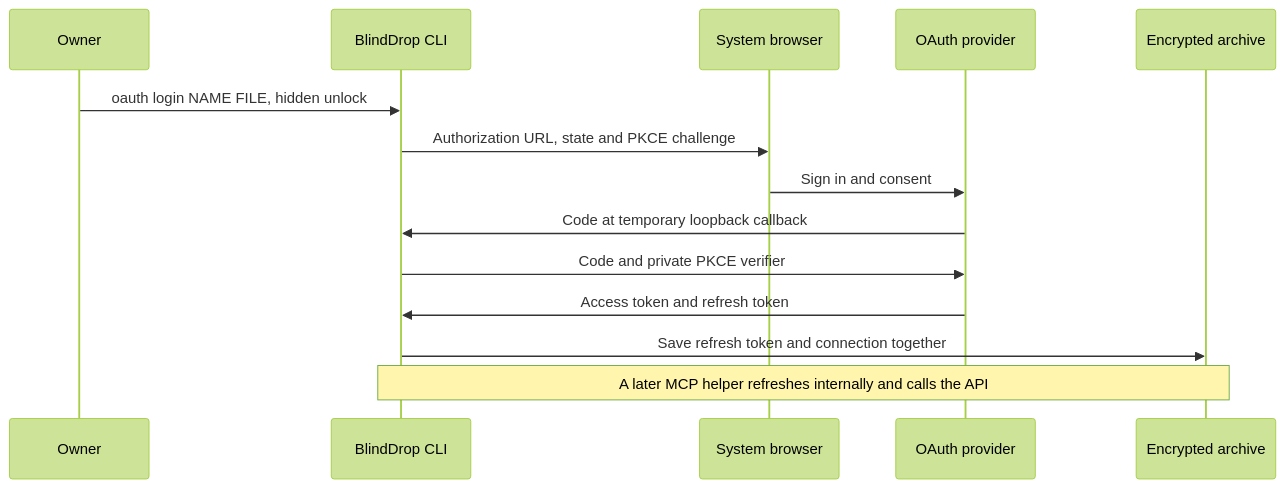
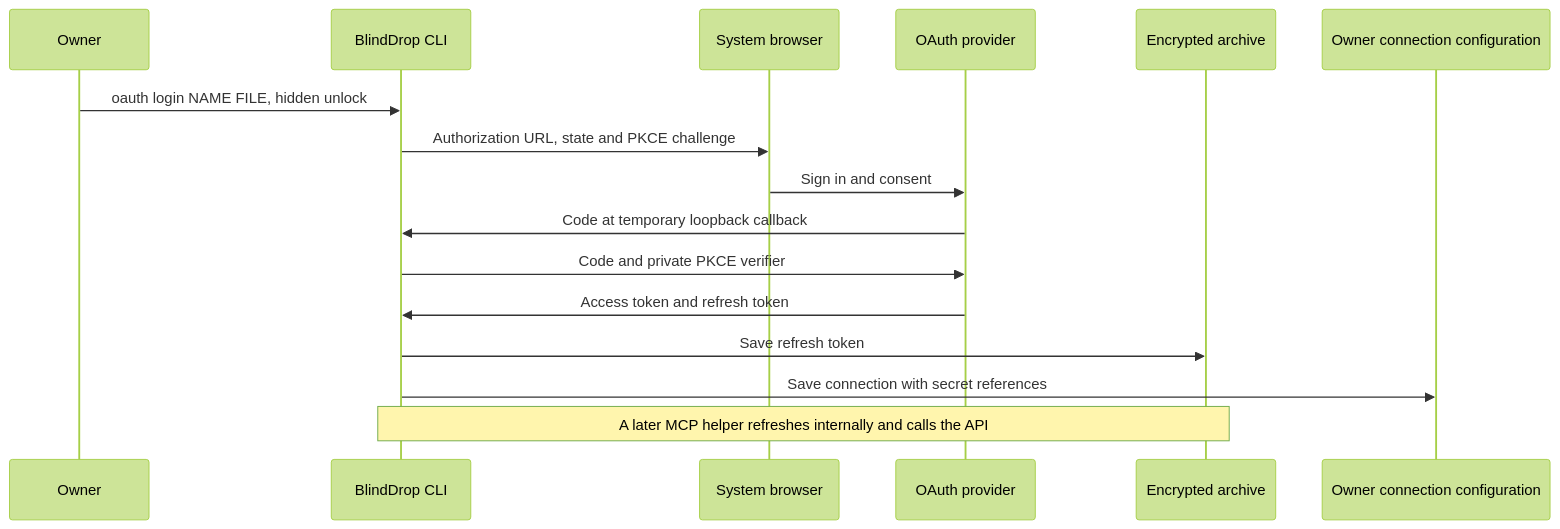
The diagram in OAUTH.md (IluvatarLabs/blinddrop), drawn with Mermaid (forest theme) before and after one commit. The commit also changed 44 other files, not shown here.

````diff
--- a/OAUTH.md
+++ b/OAUTH.md
@@ -9,16 +9,18 @@
 ```mermaid
 sequenceDiagram
     participant O as Owner
     participant F as BlindDrop CLI
     participant B as System browser
     participant P as OAuth provider
     participant V as Encrypted archive
+    participant C as Owner connection configuration
     O->>F: oauth login NAME FILE, hidden unlock
     F->>B: Authorization URL, state and PKCE challenge
     B->>P: Sign in and consent
     P->>F: Code at temporary loopback callback
     F->>P: Code and private PKCE verifier
     P->>F: Access token and refresh token
-    F->>V: Save refresh token and connection together
+    F->>V: Save refresh token
+    F->>C: Save connection with secret references
     Note over F,V: A later MCP helper refreshes internally and calls the API
 ```
````
